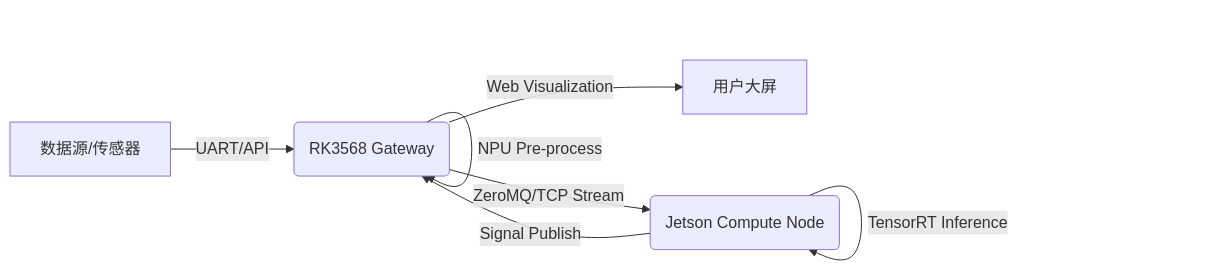
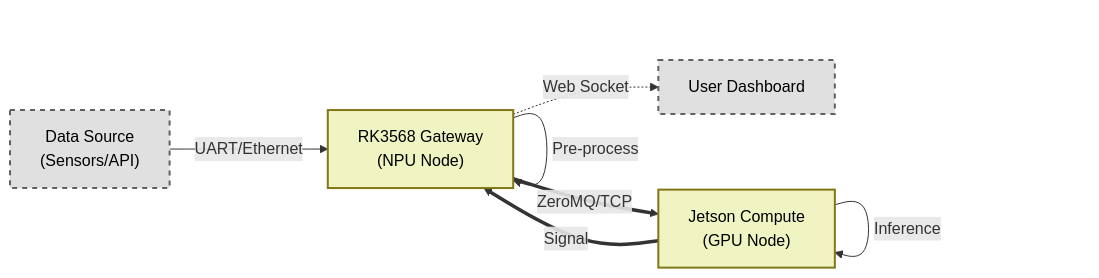
Before and after one commit to WNPPP0114/HEQIS: the second of 2 diagrams in README.md, drawn with Mermaid. The commit also changed other lines of this file, not shown here.

````diff
--- a/README.md
+++ b/README.md
@@ -91,9 +91,18 @@
 ```mermaid
 graph LR
-    A[数据源/传感器] -->|UART/API| B(RK3568 Gateway)
-    B -->|NPU Pre-process| B
-    B -->|ZeroMQ/TCP Stream| C(Jetson Compute Node)
-    C -->|TensorRT Inference| C
-    C -->|Signal Publish| B
-    B -->|Web Visualization| D[用户大屏]
+    %% 节点样式定义
+    classDef dev fill:#f0f4c3,stroke:#827717,stroke-width:2px,color:#000;
+    classDef ext fill:#e0e0e0,stroke:#616161,stroke-width:2px,stroke-dasharray: 5 5,color:#000;
+
+    A["Data Source<br/>(Sensors/API)"]:::ext
+    B["RK3568 Gateway<br/>(NPU Node)"]:::dev
+    C["Jetson Compute<br/>(GPU Node)"]:::dev
+    D["User Dashboard"]:::ext
+
+    A -->|UART/Ethernet| B
+    B -->|Pre-process| B
+    B ==>|ZeroMQ/TCP| C
+    C -->|Inference| C
+    C ==>|Signal| B
+    B -.->|Web Socket| D
 ```
````
